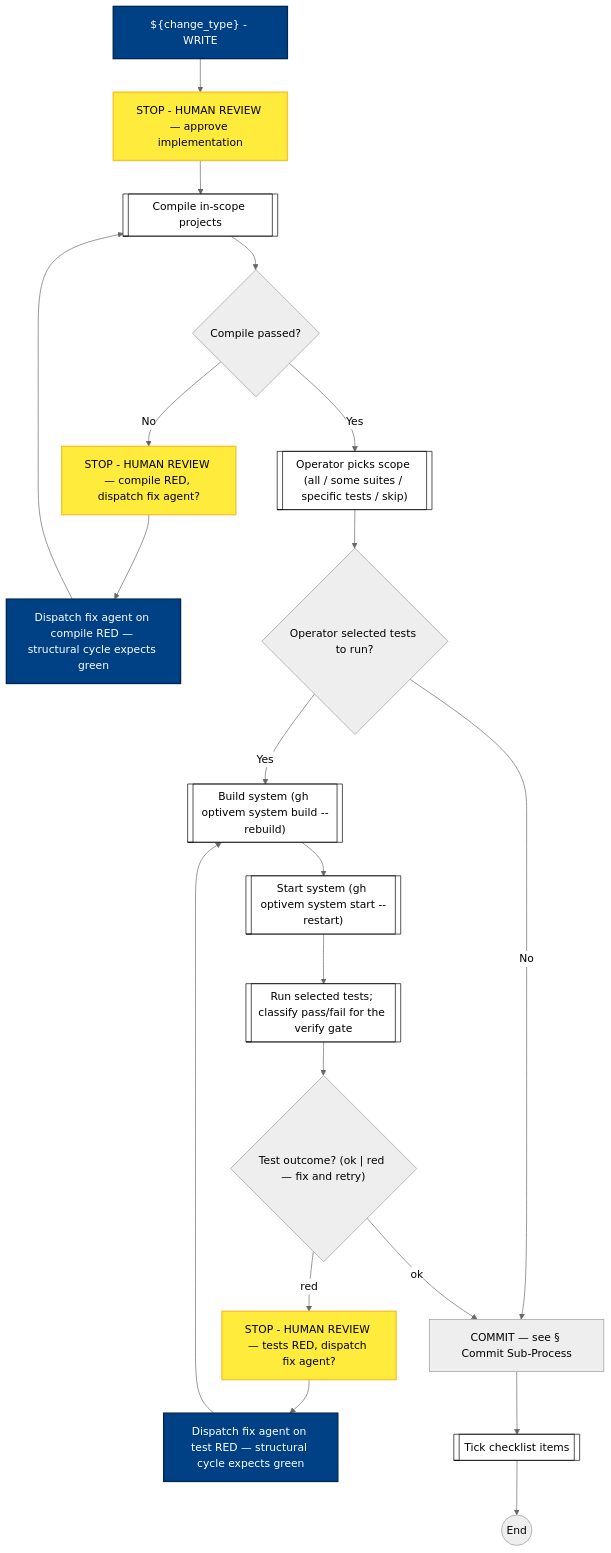
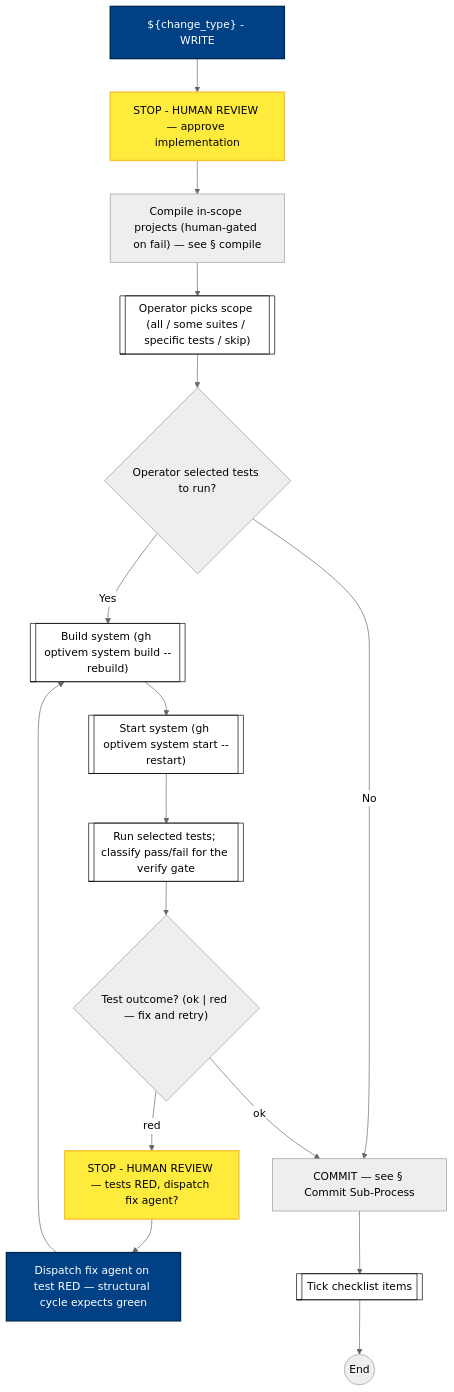
One commit to optivem/gh-optivem changed the tenth of 17 diagrams in docs/process-diagram.md. Above: the diagram before and after it, drawn with Mermaid (neutral theme). The commit also changed other lines of this file and 8 other files, not shown here.

Commit message:
atdd: regenerate process-flow diagram

````diff
--- a/docs/process-diagram.md
+++ b/docs/process-diagram.md
@@ -269,49 +269,42 @@
 ```mermaid
 flowchart TD
     APPROVE_CHANGE[STOP - HUMAN REVIEW — approve implementation]
     BUILD_SYSTEM[["Build system (gh optivem system build --rebuild)"]]
     CHOOSE_TESTS[["Operator picks scope (all / some suites / specific tests / skip)"]]
     COMMIT[COMMIT — see § Commit Sub-Process]
-    COMPILE[[Compile in-scope projects]]
-    FIX_COMPILE[Dispatch fix agent on compile RED — structural cycle expects green]
+    COMPILE["Compile in-scope projects (human-gated on fail) — see § compile"]
     FIX_TEST[Dispatch fix agent on test RED — structural cycle expects green]
-    GATE_COMPILE_OK{Compile passed?}
     GATE_STRUCT_VERIFY{"Test outcome? (ok | red — fix and retry)"}
     GATE_TESTS_SELECTED{Operator selected tests to run?}
     RUN_TESTS[["Run selected tests; classify pass/fail for the verify gate"]]
     START_SYSTEM[["Start system (gh optivem system start --restart)"]]
-    STOP_COMPILE_FAIL_REVIEW[STOP - HUMAN REVIEW — compile RED, dispatch fix agent?]
     STOP_TEST_FAIL_REVIEW[STOP - HUMAN REVIEW — tests RED, dispatch fix agent?]
     STRUCT_END((End))
     TICK_CHECKLIST[[Tick checklist items]]
     WRITE["${change_type} - WRITE"]
 
     WRITE --> APPROVE_CHANGE
     APPROVE_CHANGE --> COMPILE
-    COMPILE --> GATE_COMPILE_OK
-    GATE_COMPILE_OK -- Yes --> CHOOSE_TESTS
-    GATE_COMPILE_OK -- No --> STOP_COMPILE_FAIL_REVIEW
-    STOP_COMPILE_FAIL_REVIEW --> FIX_COMPILE
-    FIX_COMPILE --> COMPILE
+    COMPILE --> CHOOSE_TESTS
     CHOOSE_TESTS --> GATE_TESTS_SELECTED
     GATE_TESTS_SELECTED -- Yes --> BUILD_SYSTEM
     GATE_TESTS_SELECTED -- No --> COMMIT
     BUILD_SYSTEM --> START_SYSTEM
     START_SYSTEM --> RUN_TESTS
     RUN_TESTS --> GATE_STRUCT_VERIFY
     GATE_STRUCT_VERIFY -- ok --> COMMIT
     GATE_STRUCT_VERIFY -- red --> STOP_TEST_FAIL_REVIEW
     STOP_TEST_FAIL_REVIEW --> FIX_TEST
     FIX_TEST --> BUILD_SYSTEM
     COMMIT --> TICK_CHECKLIST
     TICK_CHECKLIST --> STRUCT_END
 
     classDef serviceNode fill:#ffffff,stroke:#000000,stroke-width:1px,color:#000000
-    class BUILD_SYSTEM,CHOOSE_TESTS,COMPILE,RUN_TESTS,START_SYSTEM,TICK_CHECKLIST serviceNode
+    class BUILD_SYSTEM,CHOOSE_TESTS,RUN_TESTS,START_SYSTEM,TICK_CHECKLIST serviceNode
 
     classDef agentNode fill:#004085,stroke:#002752,stroke-width:2px,color:#ffffff
-    class FIX_COMPILE,FIX_TEST,WRITE agentNode
+    class FIX_TEST,WRITE agentNode
 
     classDef humanNode fill:#ffeb3b,stroke:#fbc02d,stroke-width:2px,color:#000000
-    class APPROVE_CHANGE,STOP_COMPILE_FAIL_REVIEW,STOP_TEST_FAIL_REVIEW humanNode
+    class APPROVE_CHANGE,STOP_TEST_FAIL_REVIEW humanNode
 ```
````
